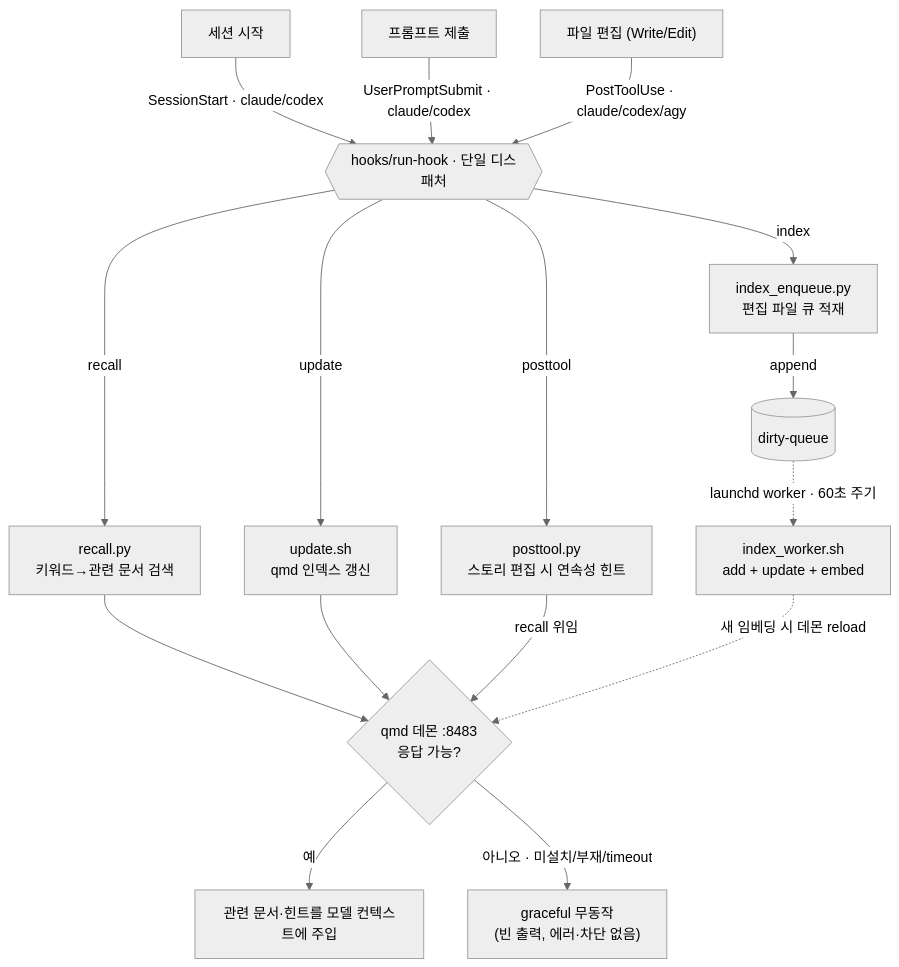
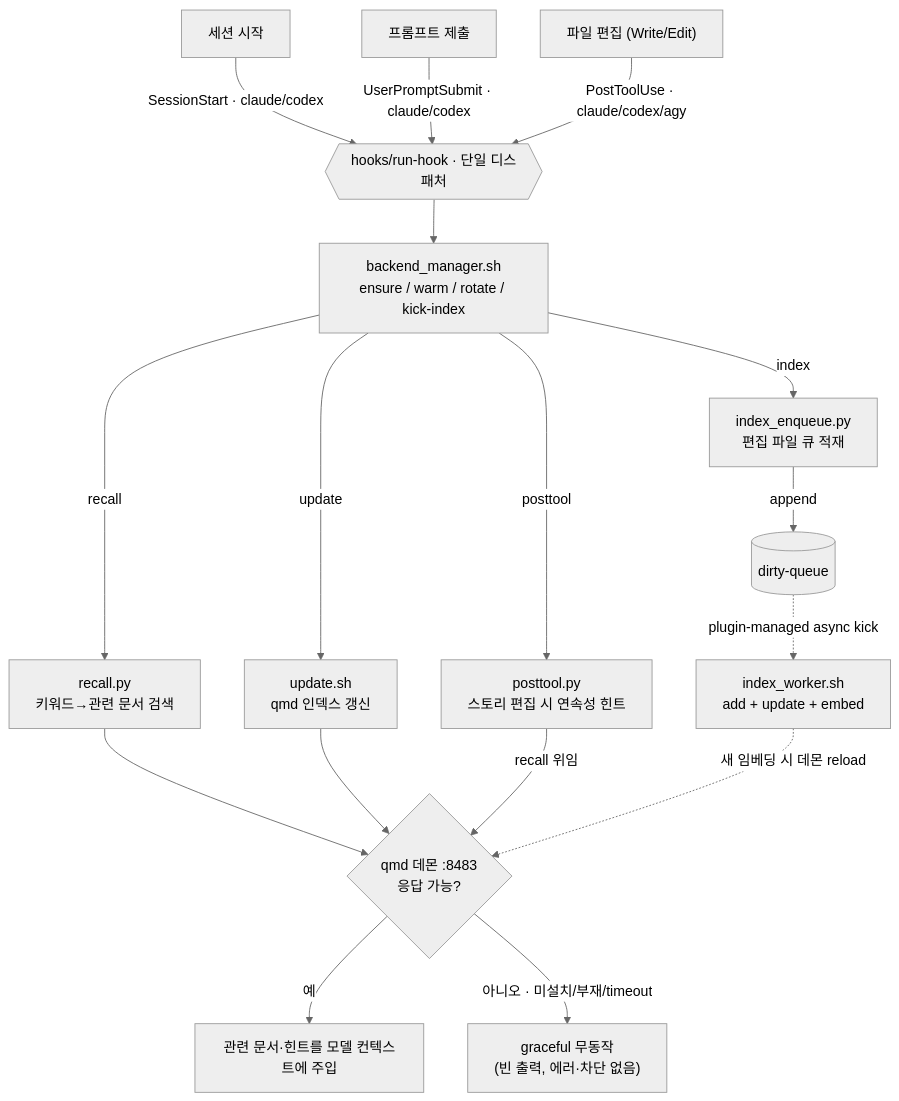
One commit to zbdulee/qmd-auto-context changed the diagram in README.md. Above: the diagram before and after it, drawn with Mermaid (neutral theme). The commit also changed other lines of this file and 19 other files, not shown here.

````diff
--- a/README.md
+++ b/README.md
@@ -34,27 +34,28 @@
 ```mermaid
 flowchart TD
     A["세션 시작"]
     B["프롬프트 제출"]
     C["파일 편집 (Write/Edit)"]
 
     A -->|"SessionStart · claude/codex"| RH
     B -->|"UserPromptSubmit · claude/codex"| RH
     C -->|"PostToolUse · claude/codex/agy"| RH
 
     RH{{"hooks/run-hook · 단일 디스패처"}}
-    RH -->|update| U["update.sh<br/>qmd 인덱스 갱신"]
-    RH -->|recall| R["recall.py<br/>키워드→관련 문서 검색"]
-    RH -->|posttool| P["posttool.py<br/>스토리 편집 시 연속성 힌트"]
-    RH -->|index| IX["index_enqueue.py<br/>편집 파일 큐 적재"]
+    RH --> BM["backend_manager.sh<br/>ensure / warm / rotate / kick-index"]
+    BM -->|update| U["update.sh<br/>qmd 인덱스 갱신"]
+    BM -->|recall| R["recall.py<br/>키워드→관련 문서 검색"]
+    BM -->|posttool| P["posttool.py<br/>스토리 편집 시 연속성 힌트"]
+    BM -->|index| IX["index_enqueue.py<br/>편집 파일 큐 적재"]
 
     D{"qmd 데몬 :8483<br/>응답 가능?"}
     R --> D
     U --> D
     P -->|recall 위임| D
     D -->|"예"| OUT["관련 문서·힌트를 모델 컨텍스트에 주입"]
     D -->|"아니오 · 미설치/부재/timeout"| SKIP["graceful 무동작<br/>(빈 출력, 에러·차단 없음)"]
 
     IX -->|append| Q[("dirty-queue")]
-    Q -.->|"launchd worker · 60초 주기"| W["index_worker.sh<br/>add + update + embed"]
+    Q -.->|"plugin-managed async kick"| W["index_worker.sh<br/>add + update + embed"]
     W -.->|"새 임베딩 시 데몬 reload"| D
 ```
````
